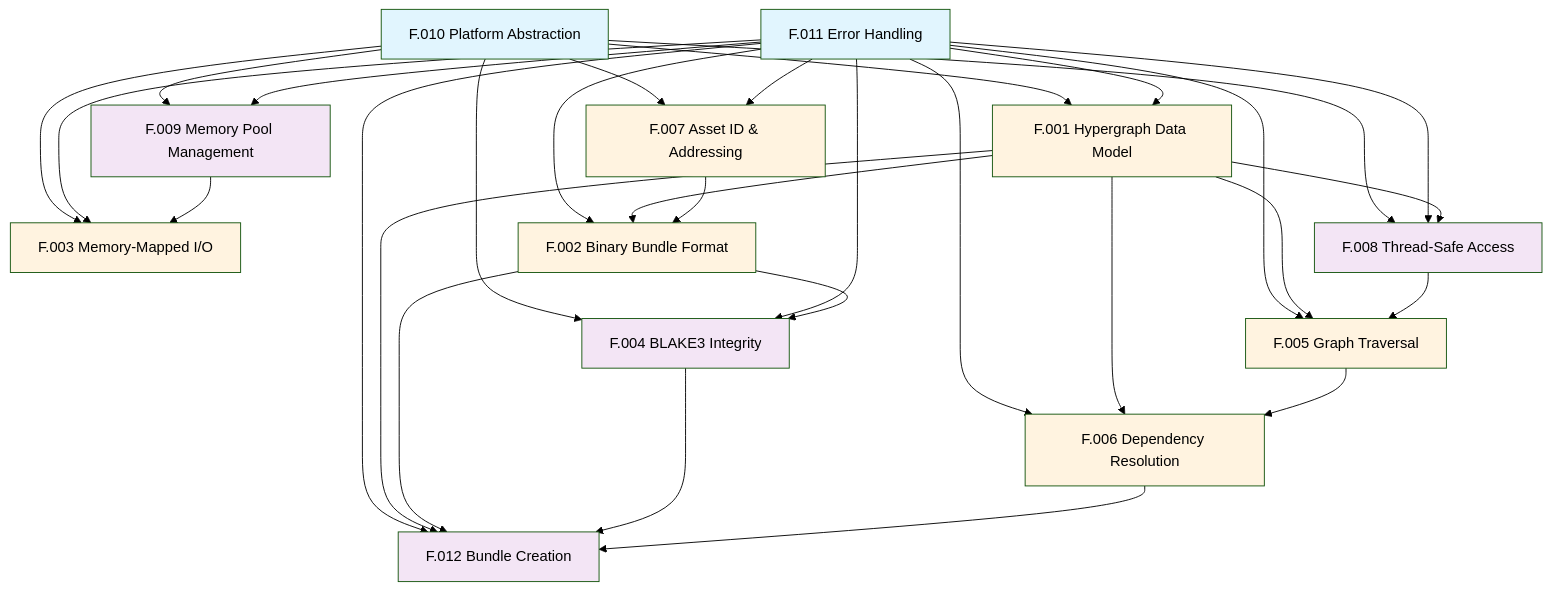
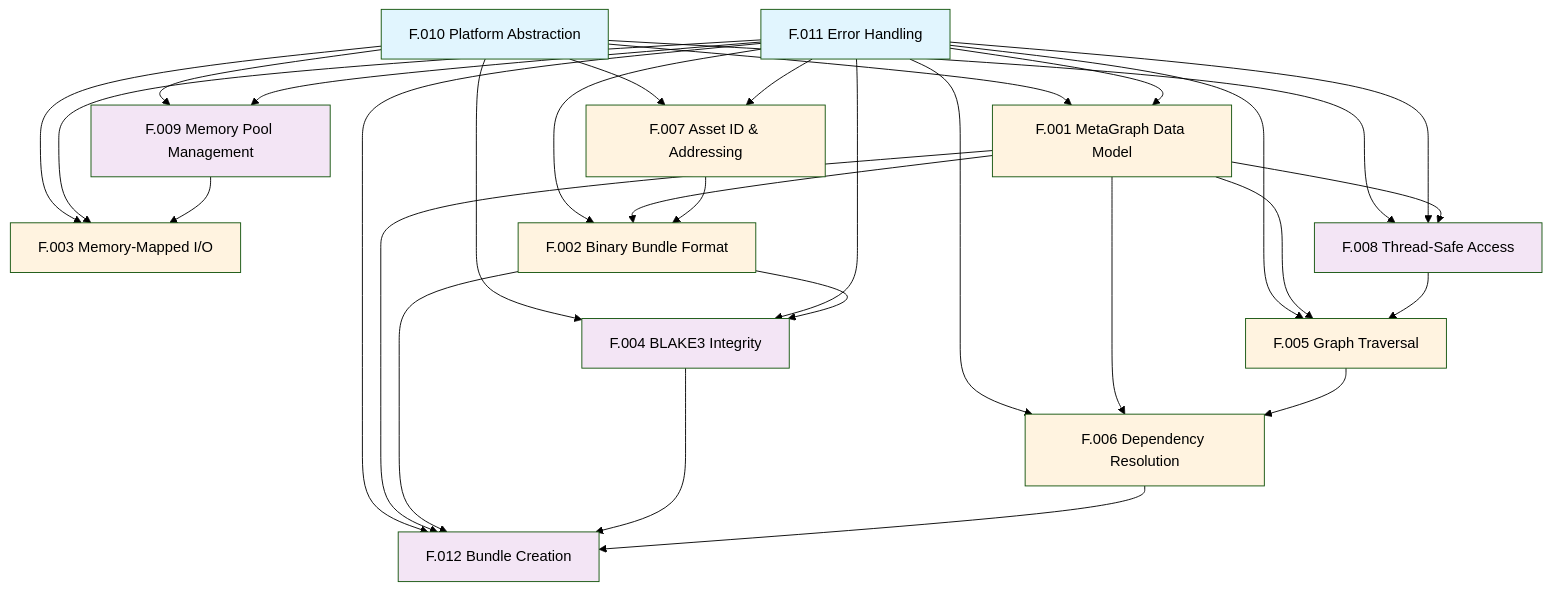
Before and after one commit to hyperdag/core: the diagram in docs/features/README.md, drawn with Mermaid (forest theme). The commit also changed other lines of this file and 2 other files, not shown here.

Commit message:
chore: rename 'Meta-Graph' to 'MetaGraph'

````diff
--- a/docs/features/README.md
+++ b/docs/features/README.md
@@ -48,46 +48,46 @@
 ```mermaid
 graph TD
-    F010[F.010 Platform Abstraction] --> F001[F.001 Hypergraph Data Model]
+    F010[F.010 Platform Abstraction] --> F001[F.001 MetaGraph Data Model]
     F010 --> F007[F.007 Asset ID & Addressing]
     F010 --> F009[F.009 Memory Pool Management]
     F010 --> F003[F.003 Memory-Mapped I/O]
     F010 --> F008[F.008 Thread-Safe Access]
     F010 --> F004[F.004 BLAKE3 Integrity]
 
     F011[F.011 Error Handling] --> F001
     F011 --> F002[F.002 Binary Bundle Format]
     F011 --> F003
     F011 --> F004
     F011 --> F005[F.005 Graph Traversal]
     F011 --> F006[F.006 Dependency Resolution]
     F011 --> F007
     F011 --> F008
     F011 --> F009
     F011 --> F012[F.012 Bundle Creation]
 
     F001 --> F002
     F001 --> F005
     F001 --> F006
     F001 --> F008
     F001 --> F012
 
     F007 --> F002
     F009 --> F003
 
     F002 --> F004
     F002 --> F012
 
     F005 --> F006
     F008 --> F005
 
     F004 --> F012
     F006 --> F012
 
     classDef foundation fill:#e1f5fe
     classDef critical fill:#fff3e0
     classDef high fill:#f3e5f5
 
     class F010,F011 foundation
     class F001,F002,F003,F005,F006,F007 critical
     class F004,F008,F009,F012 high
 ```
````
